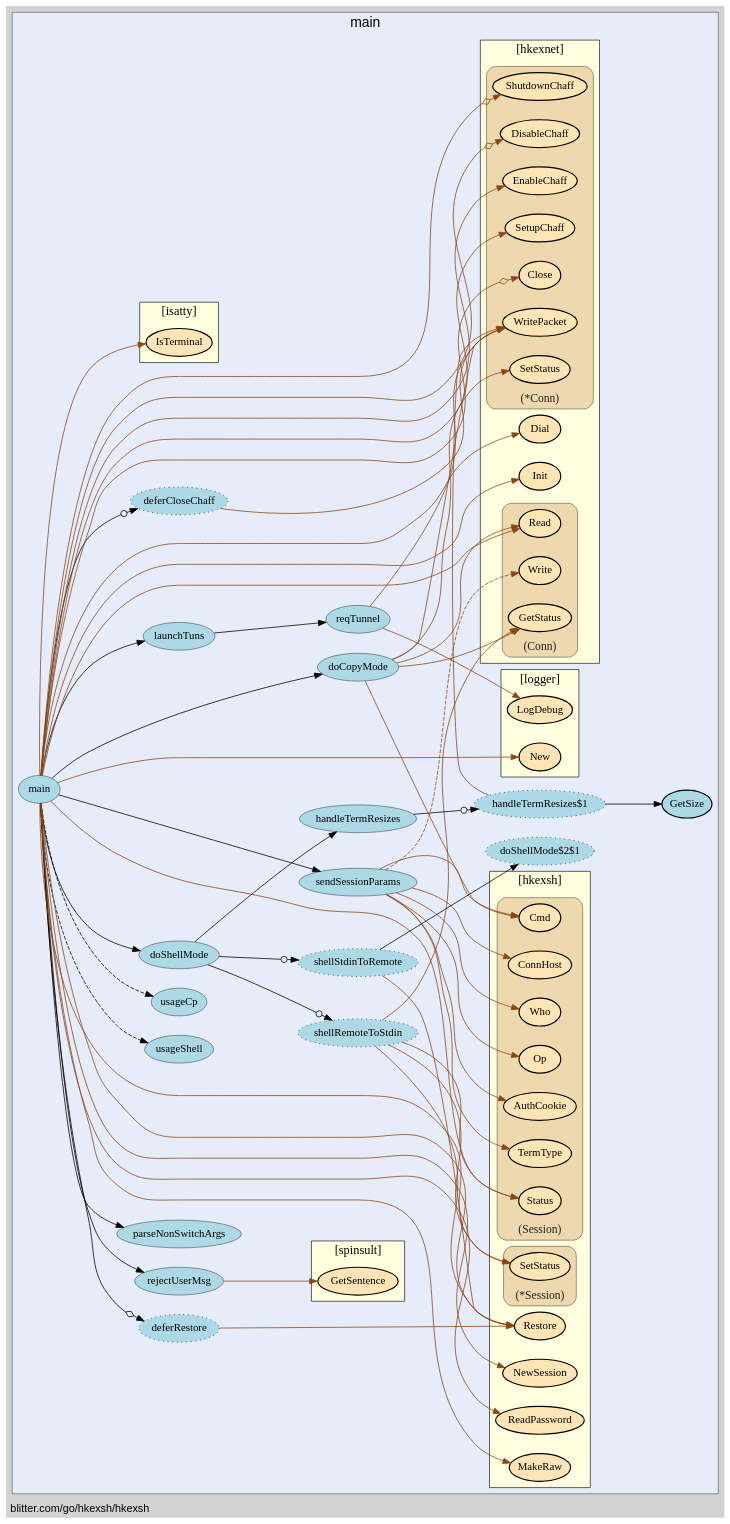
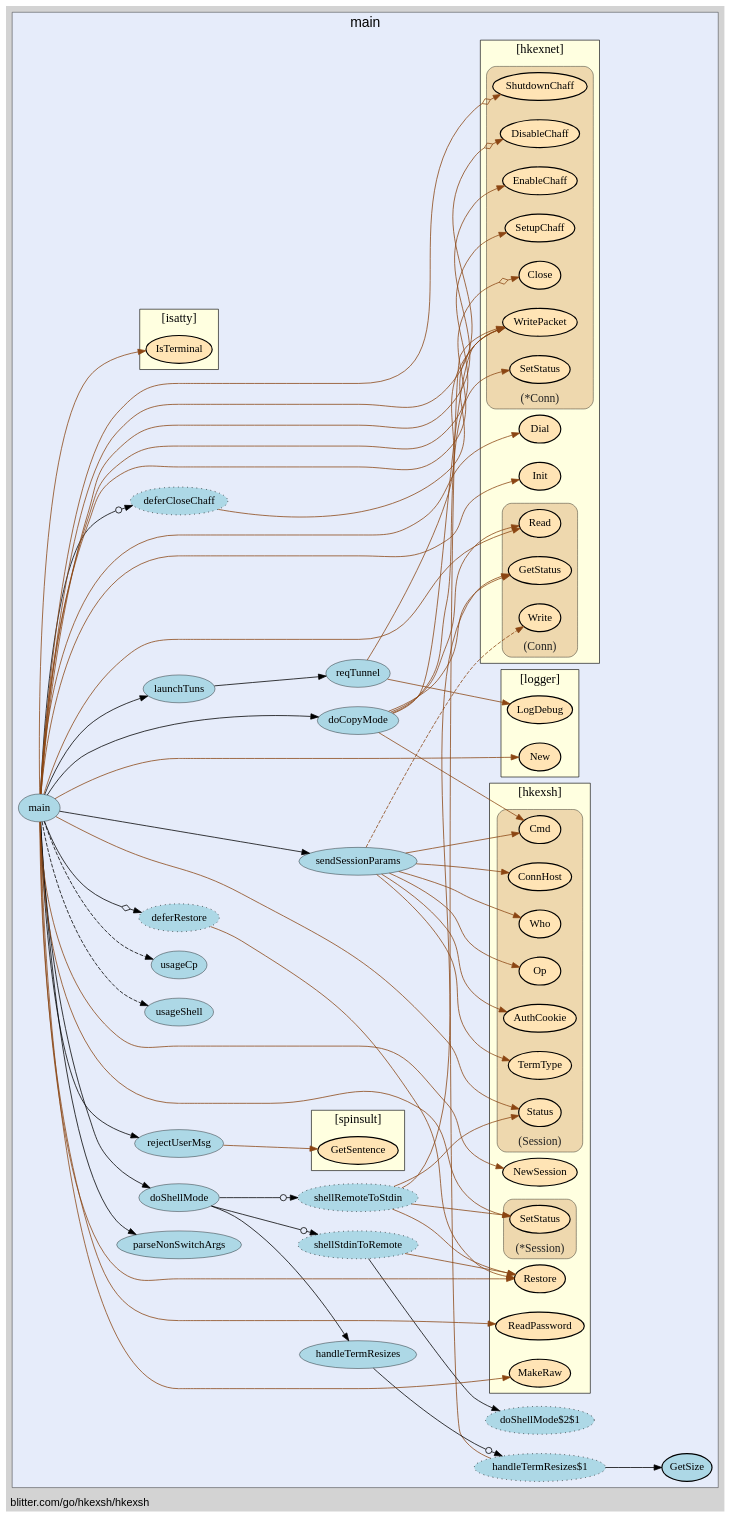
The diagram in hkexsh/hkexsh-vis.gv (isgasho/xs), drawn with Graphviz before and after one commit. The commit also changed 7 other files, not shown here.

Commit message:
Further graphviz work; named hkexsh goroutines

```diff
--- a/hkexsh/hkexsh-vis.gv
+++ b/hkexsh/hkexsh-vis.gv
@@ -14,176 +14,176 @@
     edge [minlen="2"]
 
     subgraph "cluster_focus" {
-        label="main";
+        bgcolor="#e6ecfa";
+label="main";
 labelloc="t";
 labeljust="c";
 fontsize="18";
-bgcolor="#e6ecfa";
         
         "blitter.com/go/hkexsh/hkexsh.reqTunnel" [ fillcolor="lightblue" label="reqTunnel" penwidth="0.5" ]
         "blitter.com/go/hkexsh/hkexsh.launchTuns" [ fillcolor="lightblue" label="launchTuns" penwidth="0.5" ]
-        "blitter.com/go/hkexsh/hkexsh.rejectUserMsg" [ penwidth="0.5" fillcolor="lightblue" label="rejectUserMsg" ]
+        "blitter.com/go/hkexsh/hkexsh.doShellMode$1" [ style="dotted,filled" fillcolor="lightblue" label="shellRemoteToStdin" ]
+        "blitter.com/go/hkexsh/hkexsh.doShellMode" [ label="doShellMode" penwidth="0.5" fillcolor="lightblue" ]
+        "blitter.com/go/hkexsh/hkexsh.handleTermResizes$1" [ fillcolor="lightblue" label="handleTermResizes$1" style="dotted,filled" ]
+        "blitter.com/go/hkexsh/hkexsh.GetSize" [ fillcolor="lightblue" label="GetSize" penwidth="1.5" ]
+        "blitter.com/go/hkexsh/hkexsh.handleTermResizes" [ fillcolor="lightblue" label="handleTermResizes" penwidth="0.5" ]
+        "blitter.com/go/hkexsh/hkexsh.doShellMode$2" [ style="dotted,filled" fillcolor="lightblue" label="shellStdinToRemote" ]
+        "blitter.com/go/hkexsh/hkexsh.doShellMode$2$1" [ fillcolor="lightblue" label="doShellMode$2$1" style="dotted,filled" ]
+        "blitter.com/go/hkexsh/hkexsh.main$1" [ fillcolor="lightblue" label="deferRestore" style="dotted,filled" ]
         "blitter.com/go/hkexsh/hkexsh.main" [ fillcolor="lightblue" label="main" penwidth="0.5" ]
         "blitter.com/go/hkexsh/hkexsh.parseNonSwitchArgs" [ fillcolor="lightblue" label="parseNonSwitchArgs" penwidth="0.5" ]
-        "blitter.com/go/hkexsh/hkexsh.main$1" [ fillcolor="lightblue" label="deferRestore" style="dotted,filled" ]
-        "blitter.com/go/hkexsh/hkexsh.sendSessionParams" [ label="sendSessionParams" penwidth="0.5" fillcolor="lightblue" ]
+        "blitter.com/go/hkexsh/hkexsh.sendSessionParams" [ fillcolor="lightblue" label="sendSessionParams" penwidth="0.5" ]
+        "blitter.com/go/hkexsh/hkexsh.rejectUserMsg" [ label="rejectUserMsg" penwidth="0.5" fillcolor="lightblue" ]
         "blitter.com/go/hkexsh/hkexsh.main$2" [ fillcolor="lightblue" label="deferCloseChaff" style="dotted,filled" ]
-        "blitter.com/go/hkexsh/hkexsh.doShellMode$1" [ fillcolor="lightblue" label="shellRemoteToStdin" style="dotted,filled" ]
-        "blitter.com/go/hkexsh/hkexsh.doShellMode" [ penwidth="0.5" fillcolor="lightblue" label="doShellMode" ]
-        "blitter.com/go/hkexsh/hkexsh.handleTermResizes$1" [ fillcolor="lightblue" label="handleTermResizes$1" style="dotted,filled" ]
-        "blitter.com/go/hkexsh/hkexsh.GetSize" [ penwidth="1.5" fillcolor="lightblue" label="GetSize" ]
-        "blitter.com/go/hkexsh/hkexsh.handleTermResizes" [ label="handleTermResizes" penwidth="0.5" fillcolor="lightblue" ]
-        "blitter.com/go/hkexsh/hkexsh.doShellMode$2" [ fillcolor="lightblue" label="shellStdinToRemote" style="dotted,filled" ]
-        "blitter.com/go/hkexsh/hkexsh.doShellMode$2$1" [ fillcolor="lightblue" label="doShellMode$2$1" style="dotted,filled" ]
-        "blitter.com/go/hkexsh/hkexsh.doCopyMode" [ penwidth="0.5" fillcolor="lightblue" label="doCopyMode" ]
+        "blitter.com/go/hkexsh/hkexsh.doCopyMode" [ fillcolor="lightblue" label="doCopyMode" penwidth="0.5" ]
         "blitter.com/go/hkexsh/hkexsh.usageShell" [ fillcolor="lightblue" label="usageShell" penwidth="0.5" ]
-        "blitter.com/go/hkexsh/hkexsh.usageCp" [ penwidth="0.5" fillcolor="lightblue" label="usageCp" ]
+        "blitter.com/go/hkexsh/hkexsh.usageCp" [ fillcolor="lightblue" label="usageCp" penwidth="0.5" ]
         
         subgraph "cluster_blitter.com/go/hkexsh" {
-        URL="/?f=blitter.com/go/hkexsh";
-tooltip="package: blitter.com/go/hkexsh";
-fontname="bold";
-label="[hkexsh]";
-style="filled";
+        tooltip="package: blitter.com/go/hkexsh";
+penwidth="0.8";
 fillcolor="lightyellow";
 rank="sink";
-penwidth="0.8";
+label="[hkexsh]";
+URL="/?f=blitter.com/go/hkexsh";
 fontsize="16";
+style="filled";
+fontname="bold";
         
+        "blitter.com/go/hkexsh.Restore" [ label="Restore" penwidth="1.5" fillcolor="moccasin" ]
         "blitter.com/go/hkexsh.MakeRaw" [ fillcolor="moccasin" label="MakeRaw" penwidth="1.5" ]
-        "blitter.com/go/hkexsh.Restore" [ fillcolor="moccasin" label="Restore" penwidth="1.5" ]
-        "blitter.com/go/hkexsh.ReadPassword" [ fillcolor="moccasin" label="ReadPassword" penwidth="1.5" ]
+        "blitter.com/go/hkexsh.ReadPassword" [ penwidth="1.5" fillcolor="moccasin" label="ReadPassword" ]
         "blitter.com/go/hkexsh.NewSession" [ fillcolor="moccasin" label="NewSession" penwidth="1.5" ]
         
         subgraph "cluster_*blitter.com/go/hkexsh.Session" {
+        tooltip="type: *blitter.com/go/hkexsh.Session";
+penwidth="0.5";
+fontsize="15";
+fontcolor="#222222";
+labelloc="b";
+style="rounded,filled";
+fillcolor="wheat2";
+label="(*Session)";
+        
+        "(*blitter.com/go/hkexsh.Session).SetStatus" [ fillcolor="moccasin" label="SetStatus" penwidth="1.5" ]
+        
+    }
+
+        subgraph "cluster_blitter.com/go/hkexsh.Session" {
         fillcolor="wheat2";
-label="(*Session)";
-tooltip="type: *blitter.com/go/hkexsh.Session";
+label="(Session)";
+tooltip="type: blitter.com/go/hkexsh.Session";
 penwidth="0.5";
 fontsize="15";
 fontcolor="#222222";
 labelloc="b";
 style="rounded,filled";
         
-        "(*blitter.com/go/hkexsh.Session).SetStatus" [ fillcolor="moccasin" label="SetStatus" penwidth="1.5" ]
+        "(blitter.com/go/hkexsh.Session).Status" [ fillcolor="moccasin" label="Status" penwidth="1.5" ]
+        "(blitter.com/go/hkexsh.Session).Op" [ label="Op" penwidth="1.5" fillcolor="moccasin" ]
+        "(blitter.com/go/hkexsh.Session).Who" [ label="Who" penwidth="1.5" fillcolor="moccasin" ]
+        "(blitter.com/go/hkexsh.Session).ConnHost" [ fillcolor="moccasin" label="ConnHost" penwidth="1.5" ]
+        "(blitter.com/go/hkexsh.Session).TermType" [ fillcolor="moccasin" label="TermType" penwidth="1.5" ]
+        "(blitter.com/go/hkexsh.Session).Cmd" [ penwidth="1.5" fillcolor="moccasin" label="Cmd" ]
+        "(blitter.com/go/hkexsh.Session).AuthCookie" [ fillcolor="moccasin" label="AuthCookie" penwidth="1.5" ]
         
     }
 
-        subgraph "cluster_blitter.com/go/hkexsh.Session" {
-        tooltip="type: blitter.com/go/hkexsh.Session";
+    }
+
+        subgraph "cluster_blitter.com/go/hkexsh/hkexnet" {
+        penwidth="0.8";
+fontsize="16";
+style="filled";
+fillcolor="lightyellow";
+fontname="bold";
+rank="sink";
+label="[hkexnet]";
+URL="/?f=blitter.com/go/hkexsh/hkexnet";
+tooltip="package: blitter.com/go/hkexsh/hkexnet";
+        
+        "blitter.com/go/hkexsh/hkexnet.Init" [ fillcolor="moccasin" label="Init" penwidth="1.5" ]
+        "blitter.com/go/hkexsh/hkexnet.Dial" [ fillcolor="moccasin" label="Dial" penwidth="1.5" ]
+        
+        subgraph "cluster_*blitter.com/go/hkexsh/hkexnet.Conn" {
+        tooltip="type: *blitter.com/go/hkexsh/hkexnet.Conn";
 penwidth="0.5";
 fontsize="15";
 fontcolor="#222222";
 labelloc="b";
 style="rounded,filled";
 fillcolor="wheat2";
-label="(Session)";
+label="(*Conn)";
         
-        "(blitter.com/go/hkexsh.Session).Op" [ fillcolor="moccasin" label="Op" penwidth="1.5" ]
-        "(blitter.com/go/hkexsh.Session).Who" [ fillcolor="moccasin" label="Who" penwidth="1.5" ]
-        "(blitter.com/go/hkexsh.Session).ConnHost" [ penwidth="1.5" fillcolor="moccasin" label="ConnHost" ]
-        "(blitter.com/go/hkexsh.Session).TermType" [ label="TermType" penwidth="1.5" fillcolor="moccasin" ]
-        "(blitter.com/go/hkexsh.Session).Cmd" [ fillcolor="moccasin" label="Cmd" penwidth="1.5" ]
-        "(blitter.com/go/hkexsh.Session).AuthCookie" [ label="AuthCookie" penwidth="1.5" fillcolor="moccasin" ]
-        "(blitter.com/go/hkexsh.Session).Status" [ fillcolor="moccasin" label="Status" penwidth="1.5" ]
-        
-    }
-
-    }
-
-        subgraph "cluster_blitter.com/go/hkexsh/hkexnet" {
-        fontname="bold";
-rank="sink";
-label="[hkexnet]";
-URL="/?f=blitter.com/go/hkexsh/hkexnet";
-penwidth="0.8";
-fontsize="16";
-tooltip="package: blitter.com/go/hkexsh/hkexnet";
-style="filled";
-fillcolor="lightyellow";
-        
-        "blitter.com/go/hkexsh/hkexnet.Init" [ fillcolor="moccasin" label="Init" penwidth="1.5" ]
-        "blitter.com/go/hkexsh/hkexnet.Dial" [ penwidth="1.5" fillcolor="moccasin" label="Dial" ]
-        
-        subgraph "cluster_*blitter.com/go/hkexsh/hkexnet.Conn" {
-        label="(*Conn)";
-tooltip="type: *blitter.com/go/hkexsh/hkexnet.Conn";
-penwidth="0.5";
-fontsize="15";
-fontcolor="#222222";
-labelloc="b";
-style="rounded,filled";
-fillcolor="wheat2";
-        
-        "(*blitter.com/go/hkexsh/hkexnet.Conn).WritePacket" [ label="WritePacket" penwidth="1.5" fillcolor="moccasin" ]
+        "(*blitter.com/go/hkexsh/hkexnet.Conn).WritePacket" [ fillcolor="moccasin" label="WritePacket" penwidth="1.5" ]
         "(*blitter.com/go/hkexsh/hkexnet.Conn).Close" [ fillcolor="moccasin" label="Close" penwidth="1.5" ]
         "(*blitter.com/go/hkexsh/hkexnet.Conn).SetupChaff" [ fillcolor="moccasin" label="SetupChaff" penwidth="1.5" ]
         "(*blitter.com/go/hkexsh/hkexnet.Conn).EnableChaff" [ fillcolor="moccasin" label="EnableChaff" penwidth="1.5" ]
-        "(*blitter.com/go/hkexsh/hkexnet.Conn).DisableChaff" [ fillcolor="moccasin" label="DisableChaff" penwidth="1.5" ]
+        "(*blitter.com/go/hkexsh/hkexnet.Conn).DisableChaff" [ label="DisableChaff" penwidth="1.5" fillcolor="moccasin" ]
         "(*blitter.com/go/hkexsh/hkexnet.Conn).ShutdownChaff" [ label="ShutdownChaff" penwidth="1.5" fillcolor="moccasin" ]
         "(*blitter.com/go/hkexsh/hkexnet.Conn).SetStatus" [ fillcolor="moccasin" label="SetStatus" penwidth="1.5" ]
         
     }
 
         subgraph "cluster_blitter.com/go/hkexsh/hkexnet.Conn" {
-        style="rounded,filled";
+        fontcolor="#222222";
+labelloc="b";
+style="rounded,filled";
 fillcolor="wheat2";
 label="(Conn)";
 tooltip="type: blitter.com/go/hkexsh/hkexnet.Conn";
 penwidth="0.5";
 fontsize="15";
-fontcolor="#222222";
-labelloc="b";
         
+        "(blitter.com/go/hkexsh/hkexnet.Conn).GetStatus" [ fillcolor="moccasin" label="GetStatus" penwidth="1.5" ]
         "(blitter.com/go/hkexsh/hkexnet.Conn).Write" [ fillcolor="moccasin" label="Write" penwidth="1.5" ]
-        "(blitter.com/go/hkexsh/hkexnet.Conn).Read" [ penwidth="1.5" fillcolor="moccasin" label="Read" ]
-        "(blitter.com/go/hkexsh/hkexnet.Conn).GetStatus" [ fillcolor="moccasin" label="GetStatus" penwidth="1.5" ]
+        "(blitter.com/go/hkexsh/hkexnet.Conn).Read" [ fillcolor="moccasin" label="Read" penwidth="1.5" ]
         
     }
 
     }
 
         subgraph "cluster_blitter.com/go/hkexsh/logger" {
-        rank="sink";
+        style="filled";
+fillcolor="lightyellow";
+URL="/?f=blitter.com/go/hkexsh/logger";
 penwidth="0.8";
 fontsize="16";
 fontname="bold";
+rank="sink";
 label="[logger]";
-URL="/?f=blitter.com/go/hkexsh/logger";
 tooltip="package: blitter.com/go/hkexsh/logger";
-style="filled";
-fillcolor="lightyellow";
         
-        "blitter.com/go/hkexsh/logger.LogDebug" [ fillcolor="moccasin" label="LogDebug" penwidth="1.5" ]
-        "blitter.com/go/hkexsh/logger.New" [ penwidth="1.5" fillcolor="moccasin" label="New" ]
+        "blitter.com/go/hkexsh/logger.LogDebug" [ label="LogDebug" penwidth="1.5" fillcolor="moccasin" ]
+        "blitter.com/go/hkexsh/logger.New" [ label="New" penwidth="1.5" fillcolor="moccasin" ]
         
     }
 
         subgraph "cluster_blitter.com/go/hkexsh/spinsult" {
-        label="[spinsult]";
-URL="/?f=blitter.com/go/hkexsh/spinsult";
-rank="sink";
+        rank="sink";
+penwidth="0.8";
 fontsize="16";
 style="filled";
+fontname="bold";
 fillcolor="lightyellow";
-fontname="bold";
+label="[spinsult]";
+URL="/?f=blitter.com/go/hkexsh/spinsult";
 tooltip="package: blitter.com/go/hkexsh/spinsult";
-penwidth="0.8";
         
         "blitter.com/go/hkexsh/spinsult.GetSentence" [ fillcolor="moccasin" label="GetSentence" penwidth="1.5" ]
         
     }
 
         subgraph "cluster_github.com/mattn/go-isatty" {
-        tooltip="package: github.com/mattn/go-isatty";
+        fillcolor="lightyellow";
 fontname="bold";
+tooltip="package: github.com/mattn/go-isatty";
+penwidth="0.8";
+fontsize="16";
+style="filled";
 rank="sink";
 label="[isatty]";
 URL="/?f=github.com/mattn/go-isatty";
-penwidth="0.8";
-fontsize="16";
-style="filled";
-fillcolor="lightyellow";
         
         "github.com/mattn/go-isatty.IsTerminal" [ fillcolor="moccasin" label="IsTerminal" penwidth="1.5" ]
         
@@ -194,15 +194,26 @@
     "blitter.com/go/hkexsh/hkexsh.reqTunnel" -> "blitter.com/go/hkexsh/logger.LogDebug" [ color="saddlebrown" ]
     "blitter.com/go/hkexsh/hkexsh.reqTunnel" -> "(*blitter.com/go/hkexsh/hkexnet.Conn).WritePacket" [ color="saddlebrown" ]
     "blitter.com/go/hkexsh/hkexsh.launchTuns" -> "blitter.com/go/hkexsh/hkexsh.reqTunnel" [  ]
-    "blitter.com/go/hkexsh/hkexsh.rejectUserMsg" -> "blitter.com/go/hkexsh/spinsult.GetSentence" [ color="saddlebrown" ]
+    "blitter.com/go/hkexsh/hkexsh.doShellMode$1" -> "blitter.com/go/hkexsh.Restore" [ color="saddlebrown" ]
+    "blitter.com/go/hkexsh/hkexsh.doShellMode$1" -> "(blitter.com/go/hkexsh/hkexnet.Conn).GetStatus" [ color="saddlebrown" ]
+    "blitter.com/go/hkexsh/hkexsh.doShellMode$1" -> "(*blitter.com/go/hkexsh.Session).SetStatus" [ color="saddlebrown" ]
+    "blitter.com/go/hkexsh/hkexsh.doShellMode$1" -> "(blitter.com/go/hkexsh.Session).Status" [ color="saddlebrown" ]
+    "blitter.com/go/hkexsh/hkexsh.doShellMode" -> "blitter.com/go/hkexsh/hkexsh.doShellMode$1" [ arrowhead="normalnoneodot" ]
+    "blitter.com/go/hkexsh/hkexsh.handleTermResizes$1" -> "blitter.com/go/hkexsh/hkexsh.GetSize" [  ]
+    "blitter.com/go/hkexsh/hkexsh.handleTermResizes$1" -> "(*blitter.com/go/hkexsh/hkexnet.Conn).WritePacket" [ color="saddlebrown" ]
+    "blitter.com/go/hkexsh/hkexsh.handleTermResizes" -> "blitter.com/go/hkexsh/hkexsh.handleTermResizes$1" [ arrowhead="normalnoneodot" ]
+    "blitter.com/go/hkexsh/hkexsh.doShellMode" -> "blitter.com/go/hkexsh/hkexsh.handleTermResizes" [  ]
+    "blitter.com/go/hkexsh/hkexsh.doShellMode$2" -> "blitter.com/go/hkexsh/hkexsh.doShellMode$2$1" [  ]
+    "blitter.com/go/hkexsh/hkexsh.doShellMode$2" -> "blitter.com/go/hkexsh.Restore" [ color="saddlebrown" ]
+    "blitter.com/go/hkexsh/hkexsh.doShellMode" -> "blitter.com/go/hkexsh/hkexsh.doShellMode$2" [ arrowhead="normalnoneodot" ]
+    "blitter.com/go/hkexsh/hkexsh.main$1" -> "blitter.com/go/hkexsh.Restore" [ color="saddlebrown" ]
     "blitter.com/go/hkexsh/hkexsh.main" -> "blitter.com/go/hkexsh/hkexsh.parseNonSwitchArgs" [  ]
     "blitter.com/go/hkexsh/hkexsh.main" -> "blitter.com/go/hkexsh/logger.New" [ color="saddlebrown" ]
     "blitter.com/go/hkexsh/hkexsh.main" -> "blitter.com/go/hkexsh/hkexnet.Init" [ color="saddlebrown" ]
     "blitter.com/go/hkexsh/hkexsh.main" -> "blitter.com/go/hkexsh/hkexnet.Dial" [ color="saddlebrown" ]
-    "blitter.com/go/hkexsh/hkexsh.main" -> "(*blitter.com/go/hkexsh/hkexnet.Conn).Close" [ arrowhead="normalnoneodiamond" color="saddlebrown" ]
+    "blitter.com/go/hkexsh/hkexsh.main" -> "(*blitter.com/go/hkexsh/hkexnet.Conn).Close" [ color="saddlebrown" arrowhead="normalnoneodiamond" ]
     "blitter.com/go/hkexsh/hkexsh.main" -> "github.com/mattn/go-isatty.IsTerminal" [ color="saddlebrown" ]
     "blitter.com/go/hkexsh/hkexsh.main" -> "blitter.com/go/hkexsh.MakeRaw" [ color="saddlebrown" ]
-    "blitter.com/go/hkexsh/hkexsh.main$1" -> "blitter.com/go/hkexsh.Restore" [ color="saddlebrown" ]
     "blitter.com/go/hkexsh/hkexsh.main" -> "blitter.com/go/hkexsh/hkexsh.main$1" [ arrowhead="normalnoneodiamond" ]
     "blitter.com/go/hkexsh/hkexsh.main" -> "blitter.com/go/hkexsh.ReadPassword" [ color="saddlebrown" ]
     "blitter.com/go/hkexsh/hkexsh.main" -> "blitter.com/go/hkexsh.NewSession" [ color="saddlebrown" ]
@@ -216,26 +227,15 @@
     "blitter.com/go/hkexsh/hkexsh.main" -> "blitter.com/go/hkexsh/hkexsh.sendSessionParams" [  ]
     "blitter.com/go/hkexsh/hkexsh.main" -> "(blitter.com/go/hkexsh/hkexnet.Conn).Read" [ color="saddlebrown" ]
     "blitter.com/go/hkexsh/hkexsh.main" -> "(*blitter.com/go/hkexsh.Session).SetStatus" [ color="saddlebrown" ]
+    "blitter.com/go/hkexsh/hkexsh.rejectUserMsg" -> "blitter.com/go/hkexsh/spinsult.GetSentence" [ color="saddlebrown" ]
     "blitter.com/go/hkexsh/hkexsh.main" -> "blitter.com/go/hkexsh/hkexsh.rejectUserMsg" [  ]
     "blitter.com/go/hkexsh/hkexsh.main" -> "(*blitter.com/go/hkexsh/hkexnet.Conn).SetupChaff" [ color="saddlebrown" ]
     "blitter.com/go/hkexsh/hkexsh.main" -> "(*blitter.com/go/hkexsh/hkexnet.Conn).EnableChaff" [ color="saddlebrown" ]
     "blitter.com/go/hkexsh/hkexsh.main" -> "(*blitter.com/go/hkexsh/hkexnet.Conn).DisableChaff" [ arrowhead="normalnoneodiamond" color="saddlebrown" ]
-    "blitter.com/go/hkexsh/hkexsh.main" -> "(*blitter.com/go/hkexsh/hkexnet.Conn).ShutdownChaff" [ color="saddlebrown" arrowhead="normalnoneodiamond" ]
+    "blitter.com/go/hkexsh/hkexsh.main" -> "(*blitter.com/go/hkexsh/hkexnet.Conn).ShutdownChaff" [ arrowhead="normalnoneodiamond" color="saddlebrown" ]
     "blitter.com/go/hkexsh/hkexsh.main$2" -> "(*blitter.com/go/hkexsh/hkexnet.Conn).WritePacket" [ color="saddlebrown" ]
     "blitter.com/go/hkexsh/hkexsh.main" -> "blitter.com/go/hkexsh/hkexsh.main$2" [ arrowhead="normalnoneodot" ]
     "blitter.com/go/hkexsh/hkexsh.main" -> "blitter.com/go/hkexsh/hkexsh.launchTuns" [  ]
-    "blitter.com/go/hkexsh/hkexsh.doShellMode$1" -> "blitter.com/go/hkexsh.Restore" [ color="saddlebrown" ]
-    "blitter.com/go/hkexsh/hkexsh.doShellMode$1" -> "(blitter.com/go/hkexsh/hkexnet.Conn).GetStatus" [ color="saddlebrown" ]
-    "blitter.com/go/hkexsh/hkexsh.doShellMode$1" -> "(*blitter.com/go/hkexsh.Session).SetStatus" [ color="saddlebrown" ]
-    "blitter.com/go/hkexsh/hkexsh.doShellMode$1" -> "(blitter.com/go/hkexsh.Session).Status" [ color="saddlebrown" ]
-    "blitter.com/go/hkexsh/hkexsh.doShellMode" -> "blitter.com/go/hkexsh/hkexsh.doShellMode$1" [ arrowhead="normalnoneodot" ]
-    "blitter.com/go/hkexsh/hkexsh.handleTermResizes$1" -> "blitter.com/go/hkexsh/hkexsh.GetSize" [  ]
-    "blitter.com/go/hkexsh/hkexsh.handleTermResizes$1" -> "(*blitter.com/go/hkexsh/hkexnet.Conn).WritePacket" [ color="saddlebrown" ]
-    "blitter.com/go/hkexsh/hkexsh.handleTermResizes" -> "blitter.com/go/hkexsh/hkexsh.handleTermResizes$1" [ arrowhead="normalnoneodot" ]
-    "blitter.com/go/hkexsh/hkexsh.doShellMode" -> "blitter.com/go/hkexsh/hkexsh.handleTermResizes" [  ]
-    "blitter.com/go/hkexsh/hkexsh.doShellMode$2" -> "blitter.com/go/hkexsh/hkexsh.doShellMode$2$1" [  ]
-    "blitter.com/go/hkexsh/hkexsh.doShellMode$2" -> "blitter.com/go/hkexsh.Restore" [ color="saddlebrown" ]
-    "blitter.com/go/hkexsh/hkexsh.doShellMode" -> "blitter.com/go/hkexsh/hkexsh.doShellMode$2" [ arrowhead="normalnoneodot" ]
     "blitter.com/go/hkexsh/hkexsh.main" -> "blitter.com/go/hkexsh/hkexsh.doShellMode" [  ]
     "blitter.com/go/hkexsh/hkexsh.main" -> "(blitter.com/go/hkexsh.Session).Status" [ color="saddlebrown" ]
     "blitter.com/go/hkexsh/hkexsh.doCopyMode" -> "(blitter.com/go/hkexsh.Session).Cmd" [ color="saddlebrown" ]
```
